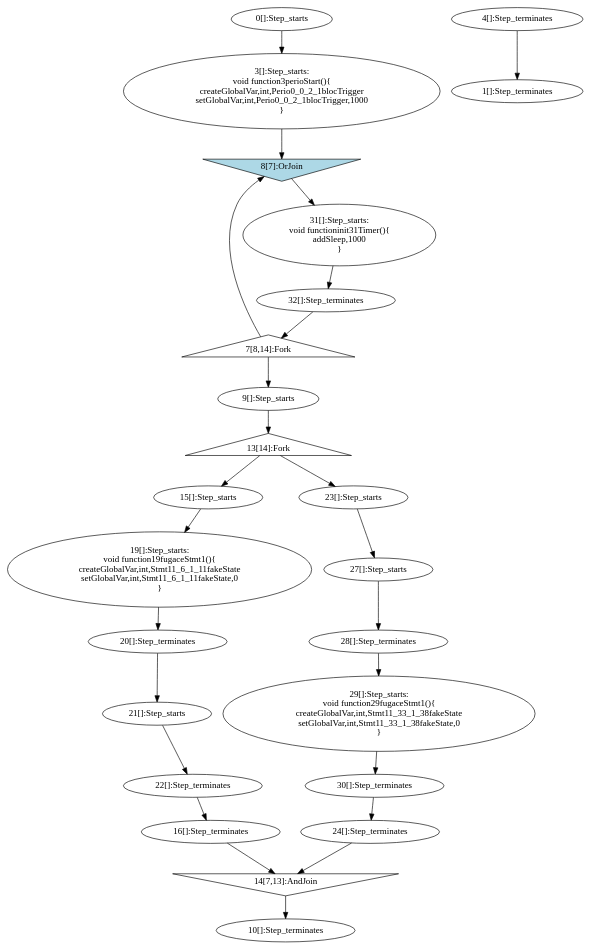
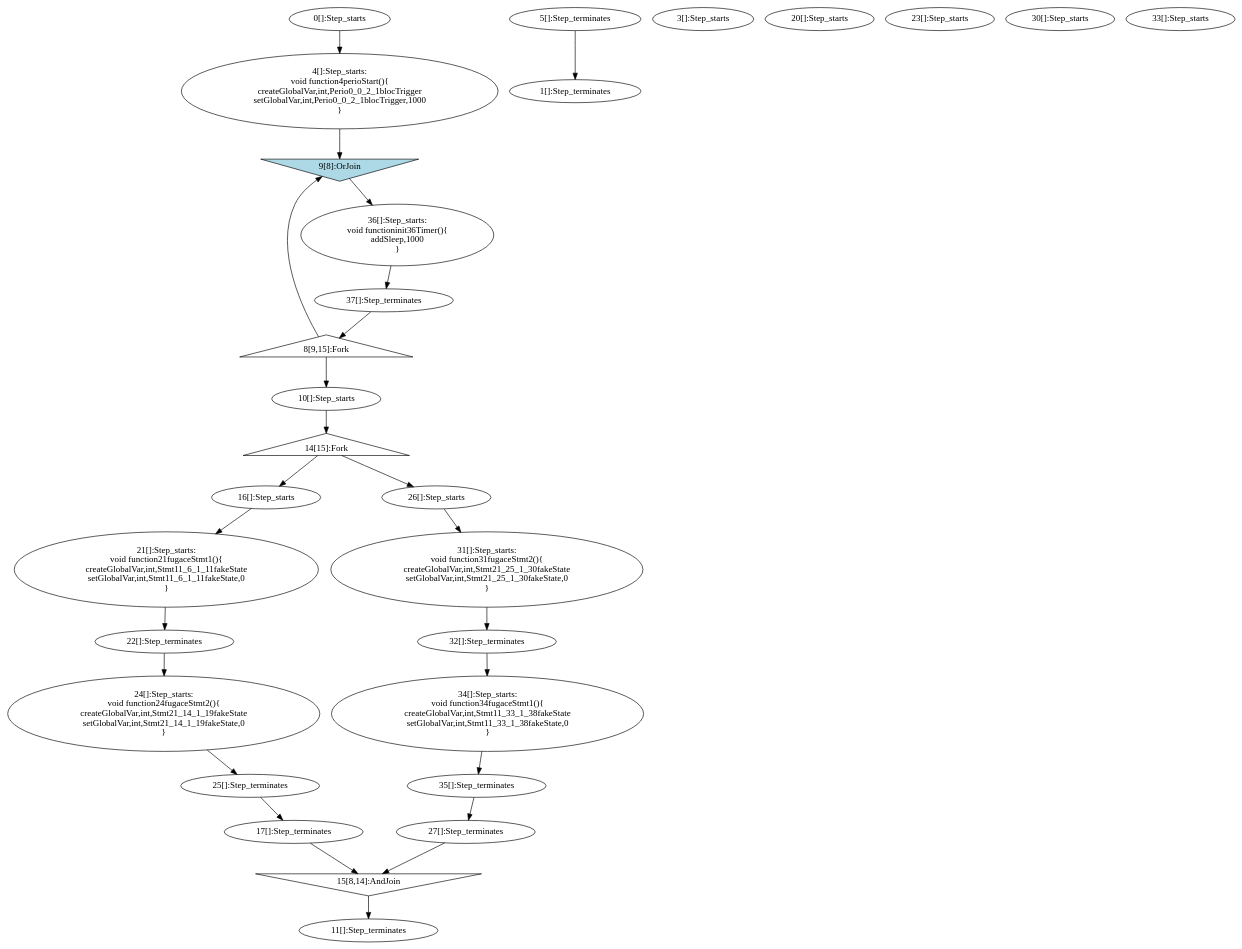
One commit to jdeantoni/TCOS.lang changed the diagram in examples/programs/expected/test1.dot. Above: the diagram before and after it, drawn with Graphviz. The commit also changed 64 other files, not shown here.

```diff
--- a/examples/programs/expected/test1.dot
+++ b/examples/programs/expected/test1.dot
@@ -1,65 +1,78 @@
 digraph G {
   "0" [label="0[]:Step_starts" shape="ellipse" ];
   "1" [label="1[]:Step_terminates" shape="ellipse" ];
-  "3" [label="3[]:Step_starts:
-void function3perioStart(){
+  "3" [label="3[]:Step_starts" shape="ellipse" ];
+  "4" [label="4[]:Step_starts:
+void function4perioStart(){
 createGlobalVar,int,Perio0_0_2_1blocTrigger
 setGlobalVar,int,Perio0_0_2_1blocTrigger,1000
 }" shape="ellipse" ];
-  "4" [label="4[]:Step_terminates" shape="ellipse" ];
-  "7" [label="7[8,14]:Fork" shape="triangle" ];
-  "8" [label="8[7]:OrJoin" shape="invtriangle" style="filled" fillcolor="lightblue"];
-  "31" [label="31[]:Step_starts:
-void functioninit31Timer(){
+  "5" [label="5[]:Step_terminates" shape="ellipse" ];
+  "8" [label="8[9,15]:Fork" shape="triangle" ];
+  "9" [label="9[8]:OrJoin" shape="invtriangle" style="filled" fillcolor="lightblue"];
+  "36" [label="36[]:Step_starts:
+void functioninit36Timer(){
 addSleep,1000
 }" shape="ellipse" ];
-  "32" [label="32[]:Step_terminates" shape="ellipse" ];
-  "9" [label="9[]:Step_starts" shape="ellipse" ];
-  "10" [label="10[]:Step_terminates" shape="ellipse" ];
-  "13" [label="13[14]:Fork" shape="triangle" ];
-  "14" [label="14[7,13]:AndJoin" shape="invtriangle" ];
-  "15" [label="15[]:Step_starts" shape="ellipse" ];
-  "16" [label="16[]:Step_terminates" shape="ellipse" ];
-  "23" [label="23[]:Step_starts" shape="ellipse" ];
-  "24" [label="24[]:Step_terminates" shape="ellipse" ];
-  "19" [label="19[]:Step_starts:
-void function19fugaceStmt1(){
+  "37" [label="37[]:Step_terminates" shape="ellipse" ];
+  "10" [label="10[]:Step_starts" shape="ellipse" ];
+  "11" [label="11[]:Step_terminates" shape="ellipse" ];
+  "14" [label="14[15]:Fork" shape="triangle" ];
+  "15" [label="15[8,14]:AndJoin" shape="invtriangle" ];
+  "16" [label="16[]:Step_starts" shape="ellipse" ];
+  "17" [label="17[]:Step_terminates" shape="ellipse" ];
+  "26" [label="26[]:Step_starts" shape="ellipse" ];
+  "27" [label="27[]:Step_terminates" shape="ellipse" ];
+  "20" [label="20[]:Step_starts" shape="ellipse" ];
+  "21" [label="21[]:Step_starts:
+void function21fugaceStmt1(){
 createGlobalVar,int,Stmt11_6_1_11fakeState
 setGlobalVar,int,Stmt11_6_1_11fakeState,0
 }" shape="ellipse" ];
-  "20" [label="20[]:Step_terminates" shape="ellipse" ];
-  "21" [label="21[]:Step_starts" shape="ellipse" ];
   "22" [label="22[]:Step_terminates" shape="ellipse" ];
-  "27" [label="27[]:Step_starts" shape="ellipse" ];
-  "28" [label="28[]:Step_terminates" shape="ellipse" ];
-  "29" [label="29[]:Step_starts:
-void function29fugaceStmt1(){
+  "23" [label="23[]:Step_starts" shape="ellipse" ];
+  "24" [label="24[]:Step_starts:
+void function24fugaceStmt2(){
+createGlobalVar,int,Stmt21_14_1_19fakeState
+setGlobalVar,int,Stmt21_14_1_19fakeState,0
+}" shape="ellipse" ];
+  "25" [label="25[]:Step_terminates" shape="ellipse" ];
+  "30" [label="30[]:Step_starts" shape="ellipse" ];
+  "31" [label="31[]:Step_starts:
+void function31fugaceStmt2(){
+createGlobalVar,int,Stmt21_25_1_30fakeState
+setGlobalVar,int,Stmt21_25_1_30fakeState,0
+}" shape="ellipse" ];
+  "32" [label="32[]:Step_terminates" shape="ellipse" ];
+  "33" [label="33[]:Step_starts" shape="ellipse" ];
+  "34" [label="34[]:Step_starts:
+void function34fugaceStmt1(){
 createGlobalVar,int,Stmt11_33_1_38fakeState
 setGlobalVar,int,Stmt11_33_1_38fakeState,0
 }" shape="ellipse" ];
-  "30" [label="30[]:Step_terminates" shape="ellipse" ];
-  "0" -> "3" [label=""];
-  "4" -> "1" [label=""];
-  "3" -> "8" [label=""];
-  "32" -> "7" [label=""];
-  "7" -> "9" [label=""];
-  "7" -> "8" [label=""];
-  "8" -> "31" [label=""];
+  "35" [label="35[]:Step_terminates" shape="ellipse" ];
+  "0" -> "4" [label=""];
+  "5" -> "1" [label=""];
+  "4" -> "9" [label=""];
+  "37" -> "8" [label=""];
+  "8" -> "10" [label=""];
+  "8" -> "9" [label=""];
+  "9" -> "36" [label=""];
+  "36" -> "37" [label=""];
+  "10" -> "14" [label=""];
+  "14" -> "16" [label=""];
+  "14" -> "26" [label=""];
+  "17" -> "15" [label=""];
+  "27" -> "15" [label=""];
+  "15" -> "11" [label=""];
+  "16" -> "21" [label=""];
+  "22" -> "24" [label=""];
+  "25" -> "17" [label=""];
+  "26" -> "31" [label=""];
+  "32" -> "34" [label=""];
+  "35" -> "27" [label=""];
+  "21" -> "22" [label=""];
+  "24" -> "25" [label=""];
   "31" -> "32" [label=""];
-  "9" -> "13" [label=""];
-  "13" -> "15" [label=""];
-  "13" -> "23" [label=""];
-  "16" -> "14" [label=""];
-  "24" -> "14" [label=""];
-  "14" -> "10" [label=""];
-  "15" -> "19" [label=""];
-  "20" -> "21" [label=""];
-  "22" -> "16" [label=""];
-  "23" -> "27" [label=""];
-  "28" -> "29" [label=""];
-  "30" -> "24" [label=""];
-  "19" -> "20" [label=""];
-  "21" -> "22" [label=""];
-  "27" -> "28" [label=""];
-  "29" -> "30" [label=""];
+  "34" -> "35" [label=""];
 }
```
